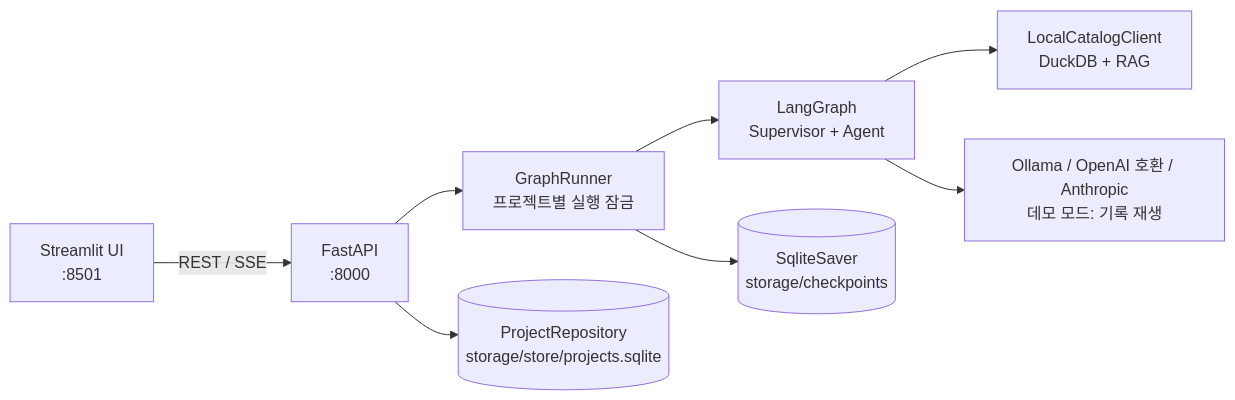
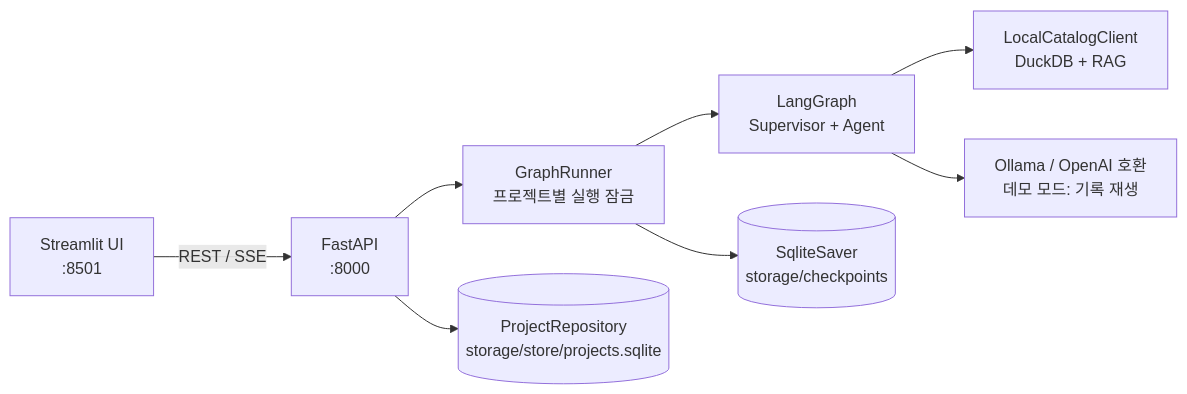
One commit to Jonghaesuh/ai-bootcamp changed the diagram in 10.code/docs/service.md. Above: the diagram before and after it, drawn with Mermaid. The commit also changed other lines of this file and 8 other files, not shown here.

First line of the commit message:
Drop the Anthropic LLM provider

````diff
--- a/10.code/docs/service.md
+++ b/10.code/docs/service.md
@@ -7,10 +7,10 @@
 ```mermaid
 flowchart LR
   UI[Streamlit UI<br/>:8501] -- REST / SSE --> API[FastAPI<br/>:8000]
   API --> RUN[GraphRunner<br/>프로젝트별 실행 잠금]
   RUN --> G[LangGraph<br/>Supervisor + Agent]
   RUN --> CP[(SqliteSaver<br/>storage/checkpoints)]
   API --> PR[(ProjectRepository<br/>storage/store/projects.sqlite)]
   G --> CAT[LocalCatalogClient<br/>DuckDB + RAG]
-  G --> LLM[Ollama / OpenAI 호환 / Anthropic<br/>데모 모드: 기록 재생]
+  G --> LLM[Ollama / OpenAI 호환<br/>데모 모드: 기록 재생]
 ```
````
